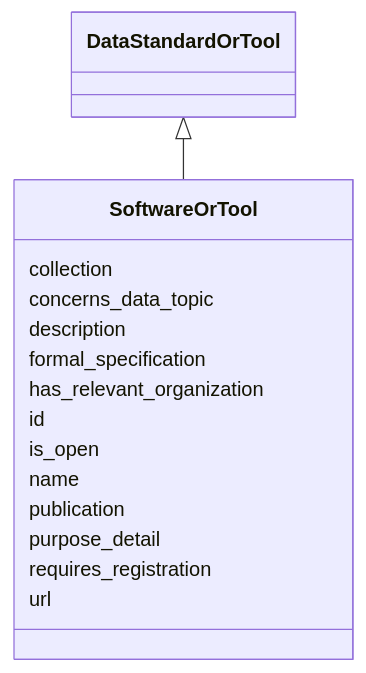
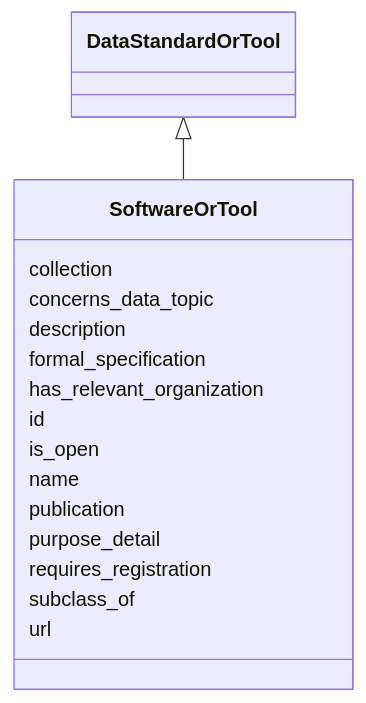
The diagram in docs/SoftwareOrTool.md (bridge2ai/standards-schemas), drawn with Mermaid before and after one commit. The commit also changed other lines of this file and 57 other files, not shown here.

````diff
--- a/docs/SoftwareOrTool.md
+++ b/docs/SoftwareOrTool.md
@@ -10,19 +11,20 @@
 ```mermaid
  classDiagram
     class SoftwareOrTool
       DataStandardOrTool <|-- SoftwareOrTool
       
       SoftwareOrTool : collection
       SoftwareOrTool : concerns_data_topic
       SoftwareOrTool : description
       SoftwareOrTool : formal_specification
       SoftwareOrTool : has_relevant_organization
       SoftwareOrTool : id
       SoftwareOrTool : is_open
       SoftwareOrTool : name
       SoftwareOrTool : publication
       SoftwareOrTool : purpose_detail
       SoftwareOrTool : requires_registration
+      SoftwareOrTool : subclass_of
       SoftwareOrTool : url
       
 ```
````
